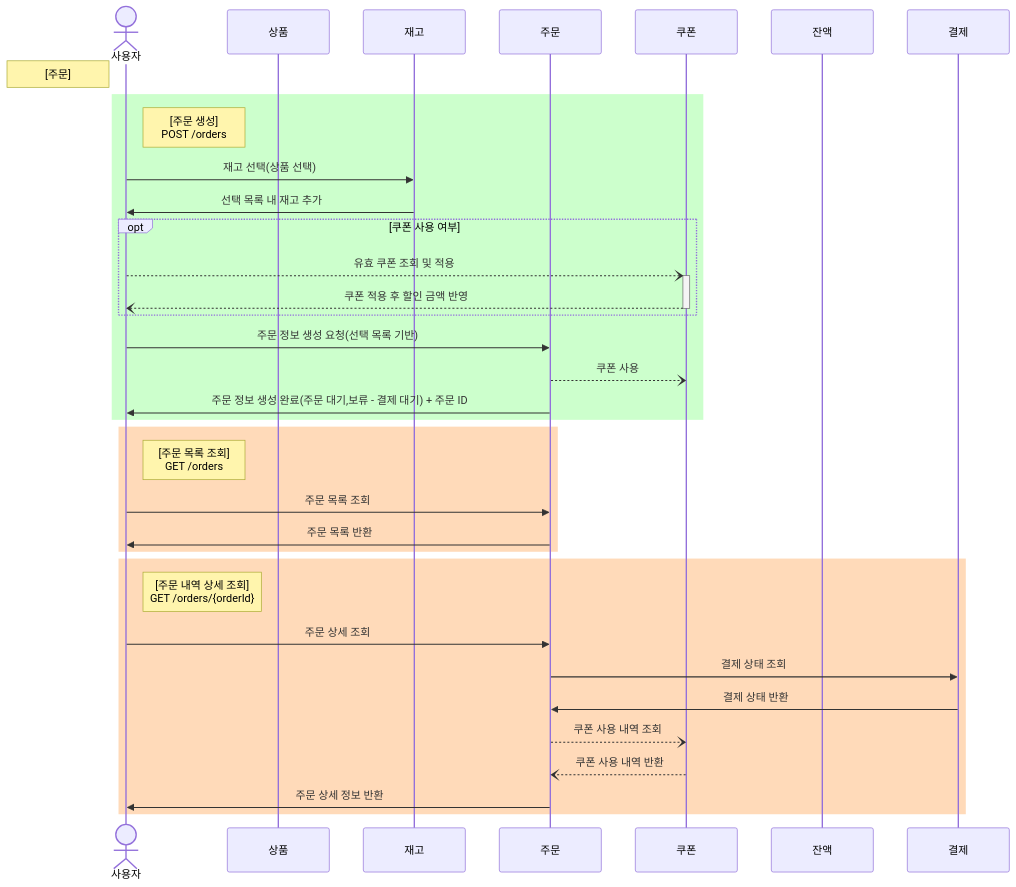
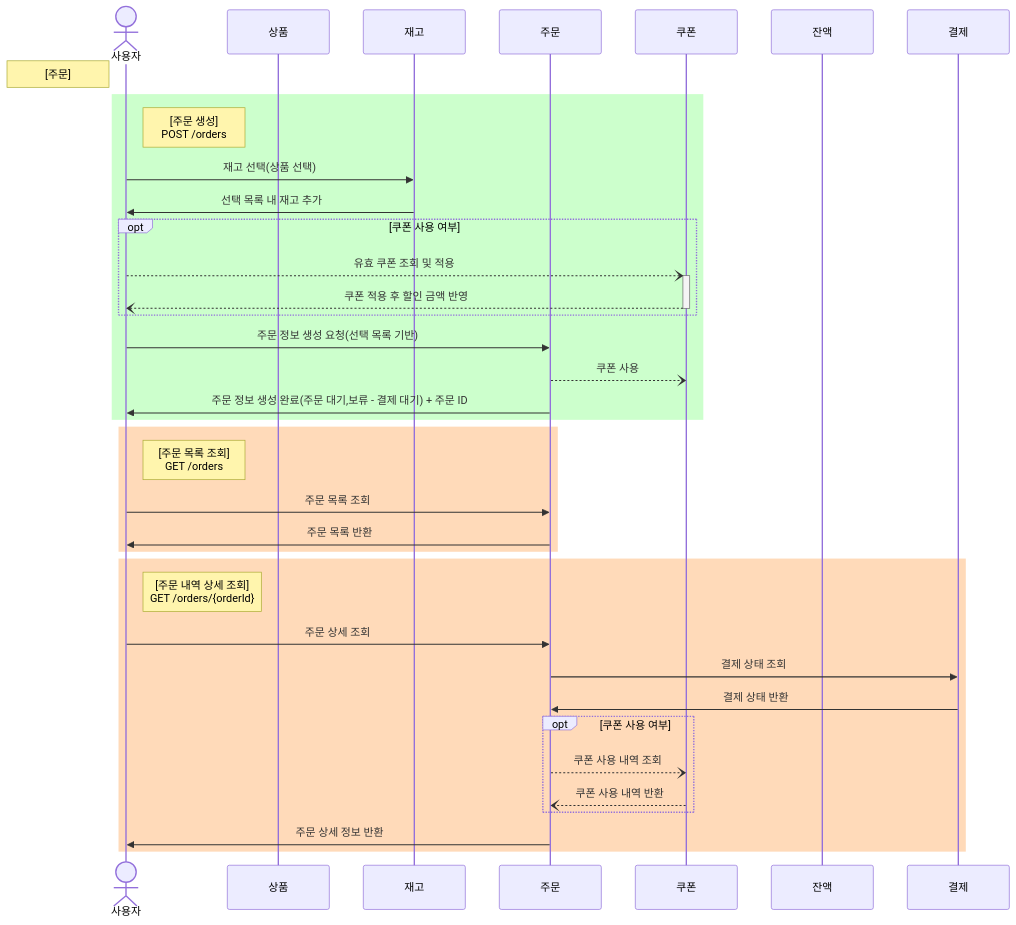
One commit to HangHae-Study/e-commerce- changed the second of 3 diagrams in docs/01_시퀀스_다이어그램.md. Above: the diagram before and after it, drawn with Mermaid. The commit also changed other lines of this file and 1 other file, not shown here.

Commit message:
[DOCS] 멘토링 이후, 시퀀스 다이어그램 수정 및 추가

````diff
--- a/docs/01_시퀀스_다이어그램.md
+++ b/docs/01_시퀀스_다이어그램.md
@@ -67,40 +67,42 @@
 ```mermaid
 sequenceDiagram
     actor 사용자
     participant 상품
     participant 재고
     participant 주문
     participant 쿠폰
     participant 잔액
     participant 결제
     
     Note left of 사용자: [주문]
     rect rgb(204, 255, 204)
         Note right of 사용자: [주문 생성]<br/>POST /orders
         사용자->>재고: 재고 선택(상품 선택)
         재고->>사용자: 선택 목록 내 재고 추가
         opt 쿠폰 사용 여부
             사용자--)+쿠폰: 유효 쿠폰 조회 및 적용
             쿠폰--)-사용자: 쿠폰 적용 후 할인 금액 반영
         end
         사용자->>주문: 주문 정보 생성 요청(선택 목록 기반)
         주문--)쿠폰: 쿠폰 사용
         주문->>사용자: 주문 정보 생성 완료(주문 대기,보류 - 결제 대기) + 주문 ID
     end
 
     rect rgb(255, 218, 185)
         Note right of 사용자: [주문 목록 조회]<br/>GET /orders
         사용자->>주문: 주문 목록 조회
         주문->>사용자: 주문 목록 반환
     end    
 
     rect rgb(255, 218, 185)
         Note right of 사용자: [주문 내역 상세 조회]<br/>GET /orders/{orderId}
         사용자->>주문: 주문 상세 조회
         주문->>결제: 결제 상태 조회
         결제->>주문: 결제 상태 반환
-        주문--)쿠폰: 쿠폰 사용 내역 조회
-        쿠폰--)주문: 쿠폰 사용 내역 반환
+        opt 쿠폰 사용 여부
+            주문--)쿠폰: 쿠폰 사용 내역 조회
+            쿠폰--)주문: 쿠폰 사용 내역 반환
+        end
         주문->>사용자: 주문 상세 정보 반환
     end
 ```
````
